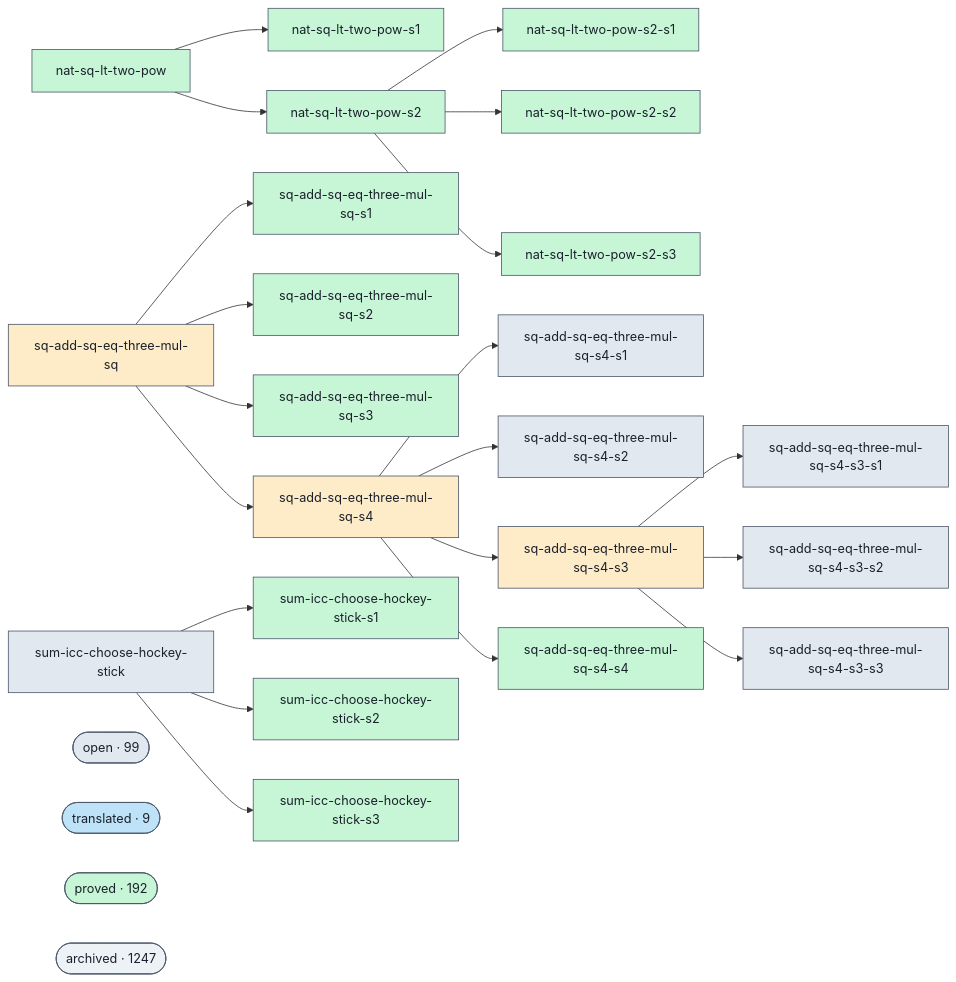
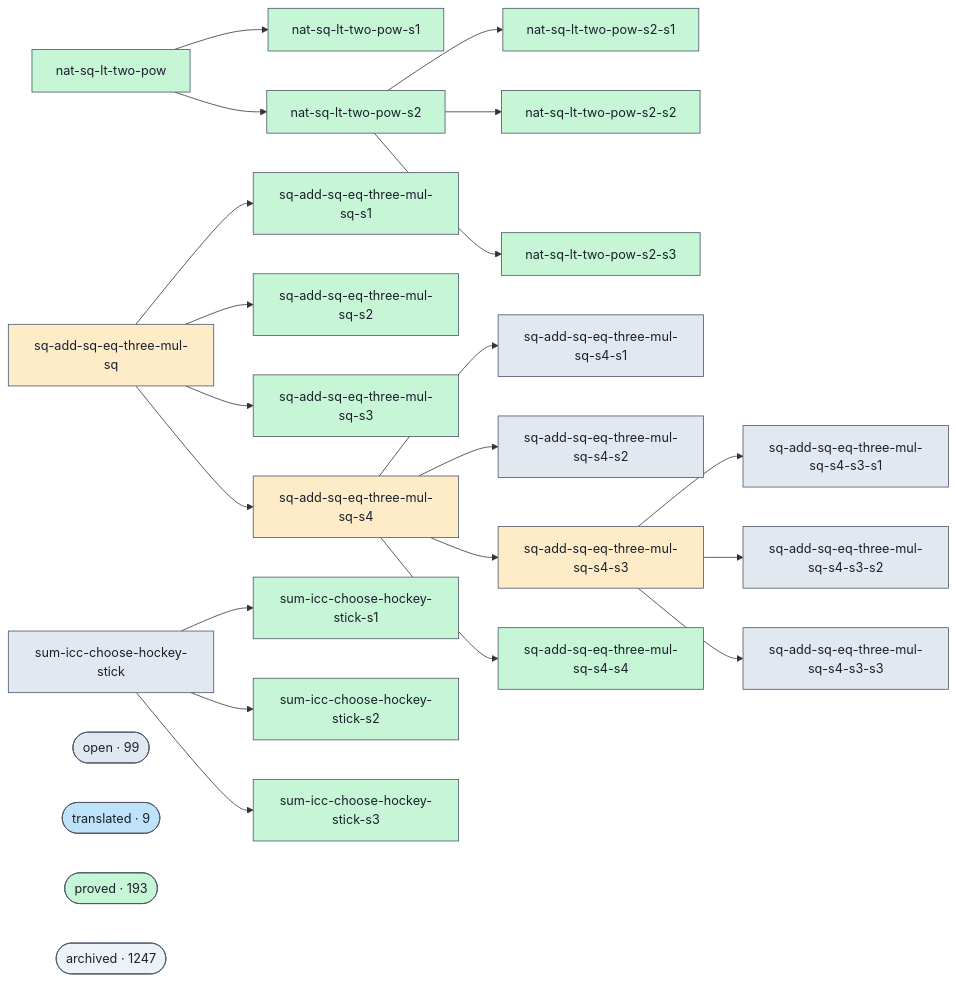
One commit to ohdearquant/unsorry changed the diagram in docs/proofs-contributors-visualisation.md. Above: the diagram before and after it, drawn with Mermaid. The commit also changed other lines of this file and 2 other files, not shown here.

```diff
--- a/docs/proofs-contributors-visualisation.md
+++ b/docs/proofs-contributors-visualisation.md
@@ -111,7 +111,7 @@
   class cluster_open open;
   cluster_translated(["translated · 9"])
   class cluster_translated translated;
-  cluster_proved(["proved · 192"])
+  cluster_proved(["proved · 193"])
   class cluster_proved proved;
   cluster_archived(["archived · 1247"])
   class cluster_archived unknown;
```
